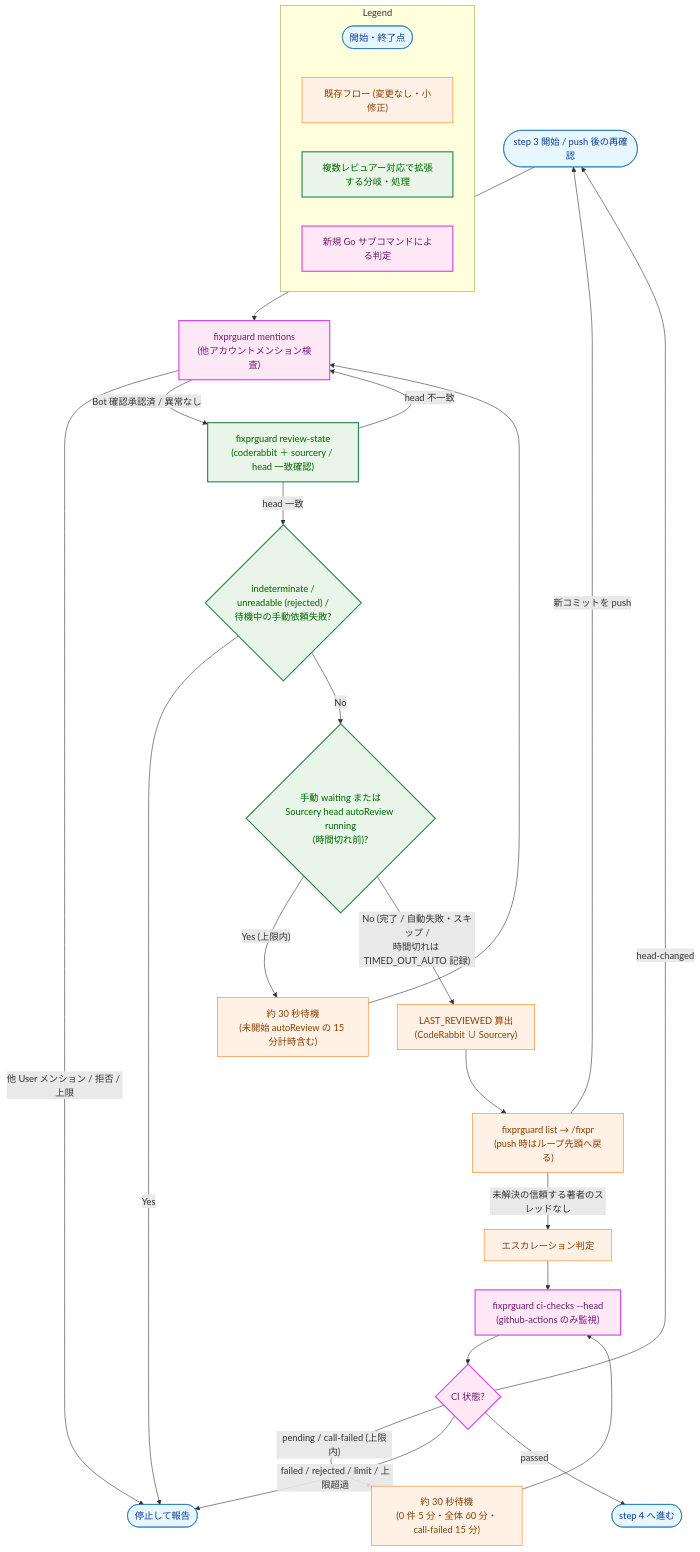
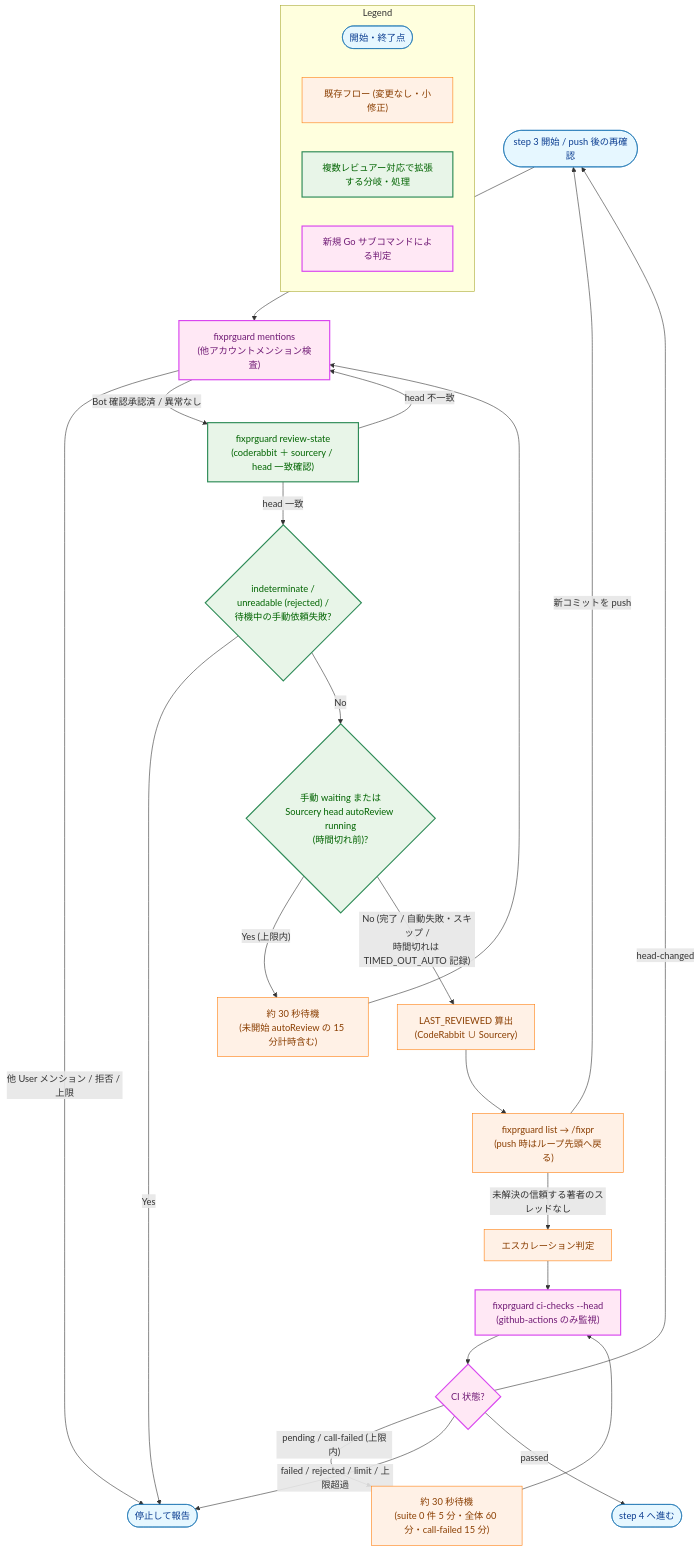
One commit to isseis/yt2column changed the fifth of 6 diagrams in docs/tasks/0122_sourcery_trusted_reviewer/02_architecture.md. Above: the diagram before and after it, drawn with Mermaid. The commit also changed other lines of this file, not shown here.

````diff
--- a/docs/tasks/0122_sourcery_trusted_reviewer/02_architecture.md
+++ b/docs/tasks/0122_sourcery_trusted_reviewer/02_architecture.md
@@ -855,59 +861,59 @@
 ```mermaid
 flowchart TD
     classDef endpoint fill:#e6f7ff,stroke:#1f77b4,stroke-width:1px,color:#0b3d91;
     classDef process fill:#fff1e6,stroke:#ff7f0e,stroke-width:1px,color:#8a3e00;
     classDef enhanced fill:#e8f5e8,stroke:#2e8b57,stroke-width:2px,color:#006400;
     classDef newpkg fill:#ffe8f5,stroke:#d946ef,stroke-width:2px,color:#701a75;
 
     START(["step 3 開始 / push 後の再確認"])
     MN["fixprguard mentions<br>(他アカウントメンション検査)"]
     RS["fixprguard review-state<br>(coderabbit ＋ sourcery / head 一致確認)"]
     CHK_ERR{"indeterminate /<br>unreadable (rejected) /<br>待機中の手動依頼失敗?"}
     STOP(["停止して報告"])
     CHK_WAIT{"手動 waiting または<br>Sourcery head autoReview running<br>(時間切れ前)?"}
     SLEEP["約 30 秒待機<br>(未開始 autoReview の 15 分計時含む)"]
     LR["LAST_REVIEWED 算出<br>(CodeRabbit ∪ Sourcery)"]
     THREADS["fixprguard list → /fixpr<br>(push 時はループ先頭へ戻る)"]
     ESC["エスカレーション判定"]
     CI["fixprguard ci-checks --head<br>(github-actions のみ監視)"]
     CI_OK{"CI 状態?"}
-    CI_SLEEP["約 30 秒待機<br>(0 件 5 分・全体 60 分・call-failed 15 分)"]
+    CI_SLEEP["約 30 秒待機<br>(suite 0 件 5 分・全体 60 分・call-failed 15 分)"]
     STEP4(["step 4 へ進む"])
 
     START --> MN
     MN -->|"他 User メンション / 拒否 / 上限"| STOP
     MN -->|"Bot 確認承認済 / 異常なし"| RS
     RS -->|"head 不一致"| MN
     RS -->|"head 一致"| CHK_ERR
     CHK_ERR -->|"Yes"| STOP
     CHK_ERR -->|"No"| CHK_WAIT
     CHK_WAIT -->|"Yes (上限内)"| SLEEP
     SLEEP --> MN
     CHK_WAIT -->|"No (完了 / 自動失敗・スキップ /<br>時間切れは TIMED_OUT_AUTO 記録)"| LR
     LR --> THREADS
     THREADS -->|"新コミットを push"| START
     THREADS -->|"未解決の信頼する著者のスレッドなし"| ESC
     ESC --> CI
     CI --> CI_OK
     CI_OK -->|"pending / call-failed (上限内)"| CI_SLEEP
     CI_SLEEP --> CI
     CI_OK -->|"head-changed"| START
     CI_OK -->|"failed / rejected / limit / 上限超過"| STOP
     CI_OK -->|"passed"| STEP4
 
     class START,STOP,STEP4 endpoint
     class LR,THREADS,ESC,SLEEP,CI_SLEEP process
     class RS,CHK_ERR,CHK_WAIT enhanced
     class MN,CI,CI_OK newpkg
 
     subgraph Legend["Legend"]
         L1(["開始・終了点"])
         L2["既存フロー (変更なし・小修正)"]
         L3["複数レビュアー対応で拡張する分岐・処理"]
         L4["新規 Go サブコマンドによる判定"]
     end
     class L1 endpoint
     class L2 process
     class L3 enhanced
     class L4 newpkg
 ```
````
